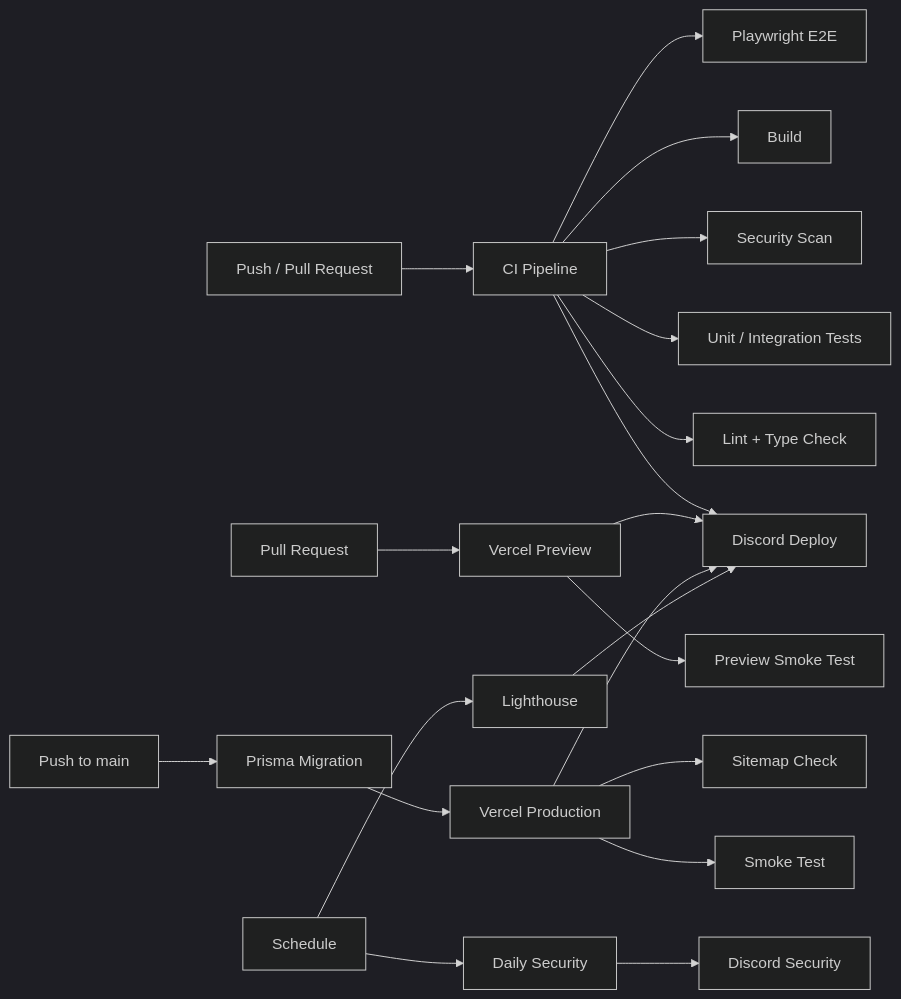
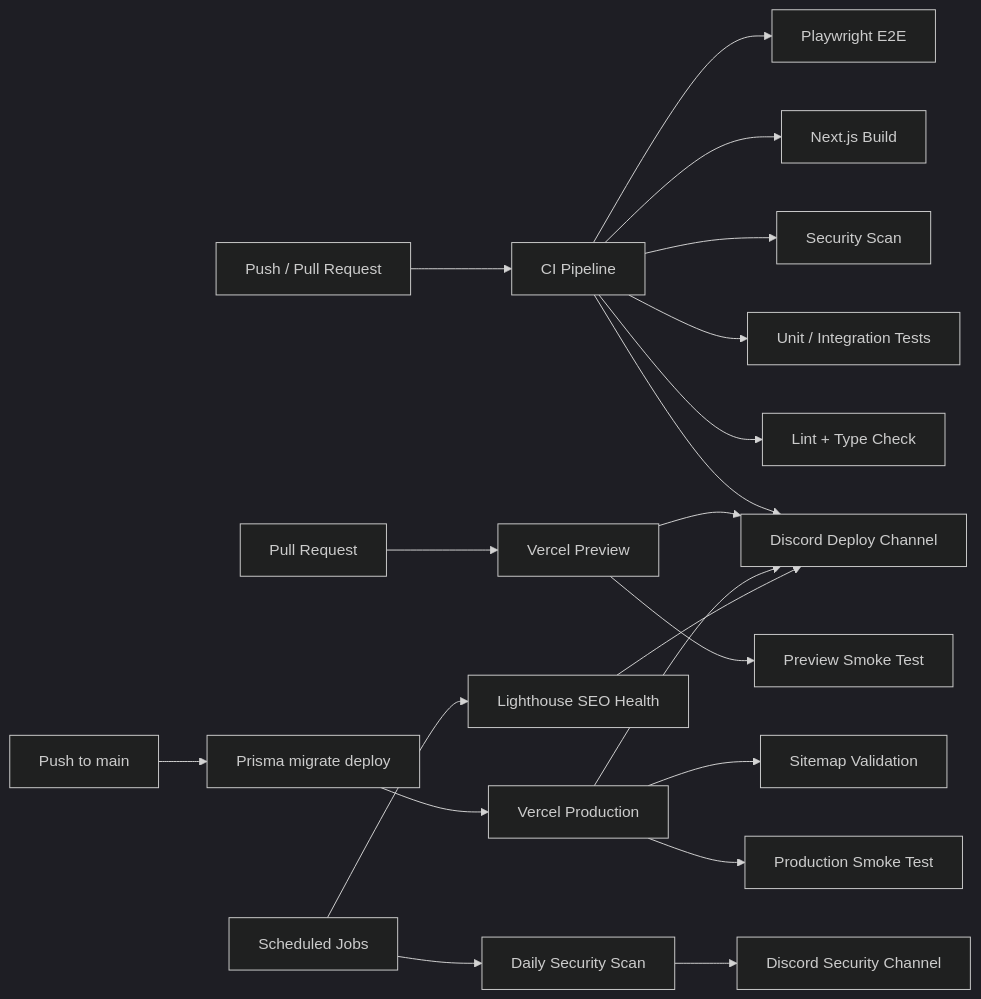
One commit to 23520904/aurews-seo changed the fourth of 7 diagrams in README.md. Above: the diagram before and after it, drawn with Mermaid (dark theme). The commit also changed other lines of this file, not shown here.

````diff
--- a/README.md
+++ b/README.md
@@ -102,26 +185,27 @@
 ```mermaid
 flowchart LR
-  A[Push / Pull Request] --> B[CI Pipeline]
-  B --> C[Lint + Type Check]
-  B --> D[Unit / Integration Tests]
-  B --> E[Security Scan]
-  B --> F[Build]
-  B --> G[Playwright E2E]
+    A[Push / Pull Request] --> CI[CI Pipeline]
 
-  PR[Pull Request] --> PV[Vercel Preview]
-  PV --> PS[Preview Smoke Test]
+    CI --> Lint[Lint + Type Check]
+    CI --> Test[Unit / Integration Tests]
+    CI --> Sec[Security Scan]
+    CI --> Build[Next.js Build]
+    CI --> E2E[Playwright E2E]
 
-  MAIN[Push to main] --> M[Prisma Migration]
-  M --> PROD[Vercel Production]
-  PROD --> SMOKE[Smoke Test]
-  PROD --> SEO[Sitemap Check]
+    PR[Pull Request] --> Preview[Vercel Preview]
+    Preview --> PreviewSmoke[Preview Smoke Test]
 
-  CRON[Schedule] --> SEC[Daily Security]
-  CRON --> LH[Lighthouse]
+    Main[Push to main] --> Migrate[Prisma migrate deploy]
+    Migrate --> Prod[Vercel Production]
+    Prod --> Smoke[Production Smoke Test]
+    Prod --> Sitemap[Sitemap Validation]
 
-  B --> DD[Discord Deploy]
-  PV --> DD
-  PROD --> DD
-  LH --> DD
-  SEC --> DS[Discord Security]
+    Cron[Scheduled Jobs] --> Daily[Daily Security Scan]
+    Cron --> Lighthouse[Lighthouse SEO Health]
+
+    CI --> DeployDiscord[Discord Deploy Channel]
+    Preview --> DeployDiscord
+    Prod --> DeployDiscord
+    Lighthouse --> DeployDiscord
+    Daily --> SecurityDiscord[Discord Security Channel]
 ```
````
